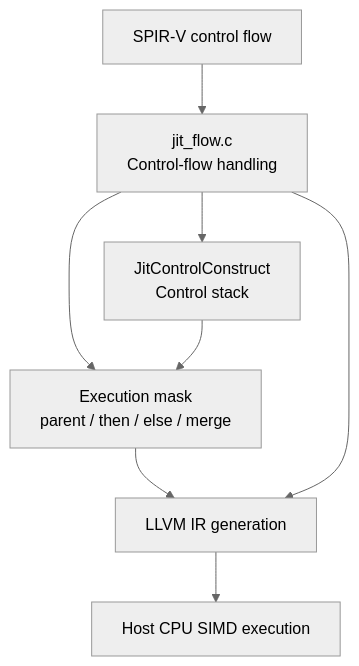
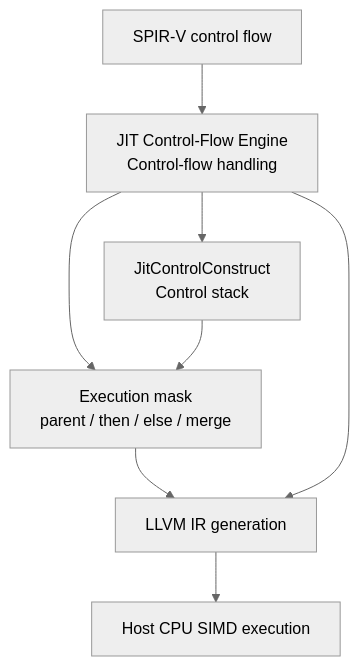
One commit to Ursus30x/GPUemu changed the eighth of 8 diagrams in doc/cfg.md. Above: the diagram before and after it, drawn with Mermaid (neutral theme). The commit also changed other lines of this file and 8 other files, not shown here.

````diff
--- a/doc/cfg.md
+++ b/doc/cfg.md
@@ -431,22 +431,22 @@
 ```mermaid
 flowchart TD
     SPIRV["SPIR-V control flow"]
 
-    CFG["jit_flow.c<br/>Control-flow handling"]
+    CFG["JIT Control-Flow Engine<br/>Control-flow handling"]
 
     STACK["JitControlConstruct<br/>Control stack"]
 
     MASK["Execution mask<br/>parent / then / else / merge"]
 
     LLVM["LLVM IR generation"]
 
     SIMD["Host CPU SIMD execution"]
 
     SPIRV --> CFG
     CFG --> STACK
     CFG --> MASK
     STACK --> MASK
     MASK --> LLVM
     CFG --> LLVM
     LLVM --> SIMD
 ```
````
